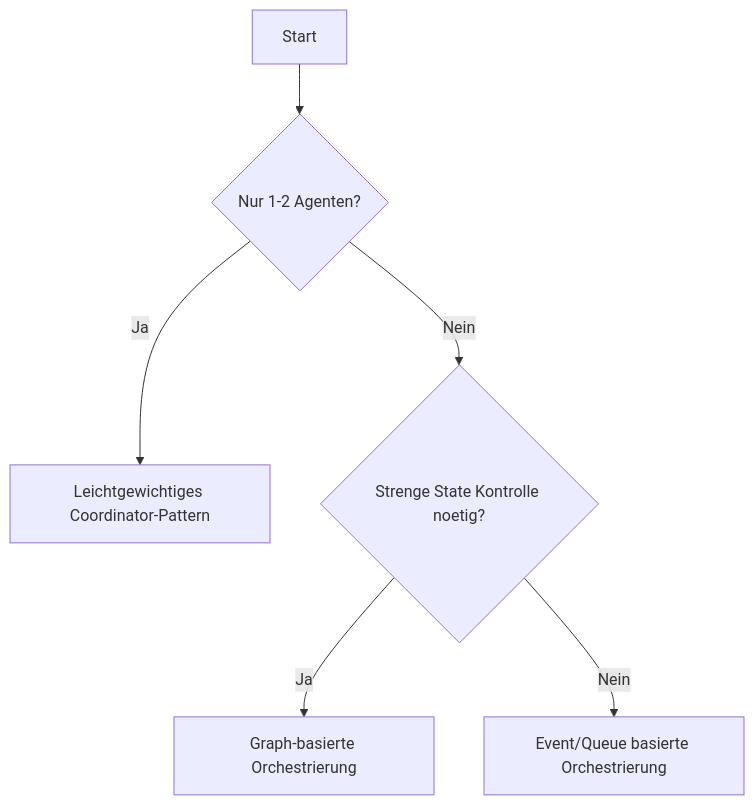
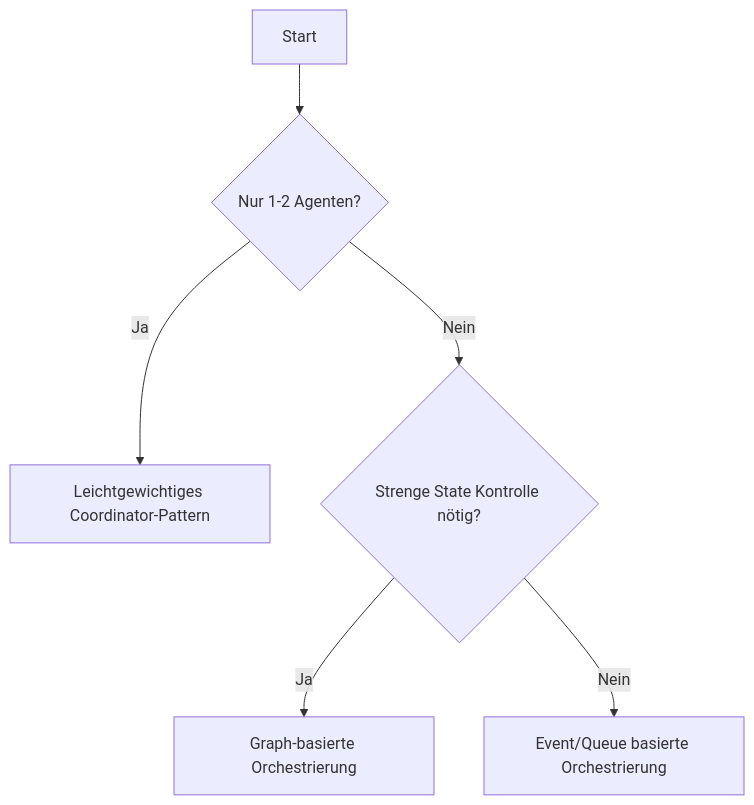
The first of 2 diagrams in 06-multi-agent-architectures/orchestration-frameworks.md (soenkelange/ai-lab-3-agentic-programming), drawn with Mermaid before and after one commit. The commit also changed other lines of this file and 31 other files, not shown here.

````diff
--- a/06-multi-agent-architectures/orchestration-frameworks.md
+++ b/06-multi-agent-architectures/orchestration-frameworks.md
@@ -7,8 +7,8 @@
 ```mermaid
 flowchart TD
     A[Start] --> B{Nur 1-2 Agenten?}
     B -- Ja --> C[Leichtgewichtiges Coordinator-Pattern]
-    B -- Nein --> D{Strenge State Kontrolle noetig?}
+    B -- Nein --> D{Strenge State Kontrolle nötig?}
     D -- Ja --> E[Graph-basierte Orchestrierung]
     D -- Nein --> F[Event/Queue basierte Orchestrierung]
 ```
````
